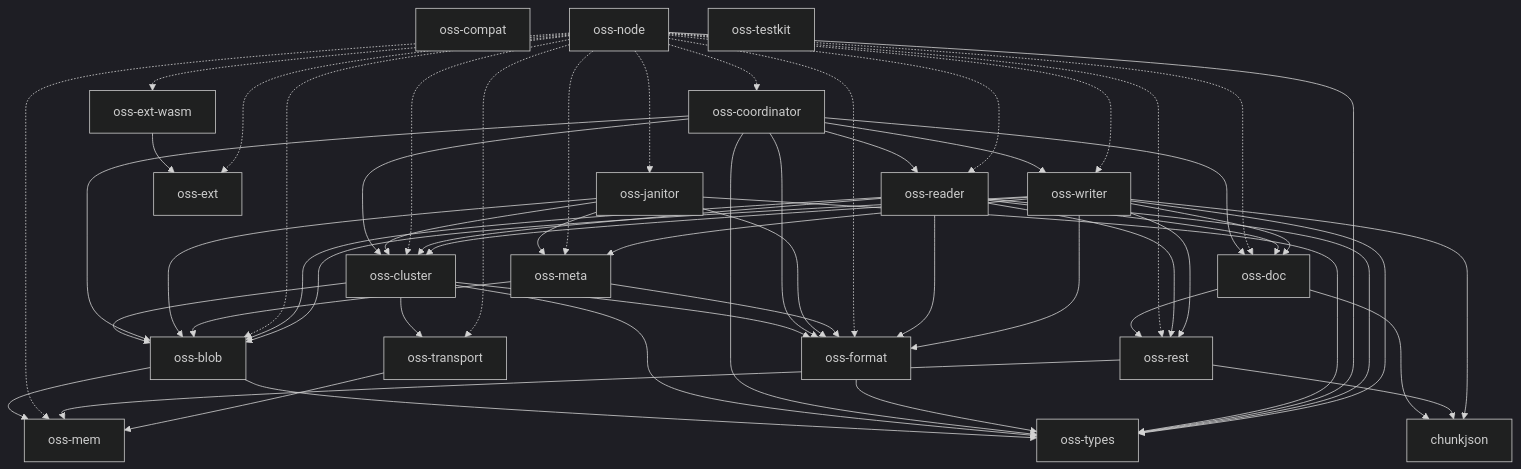
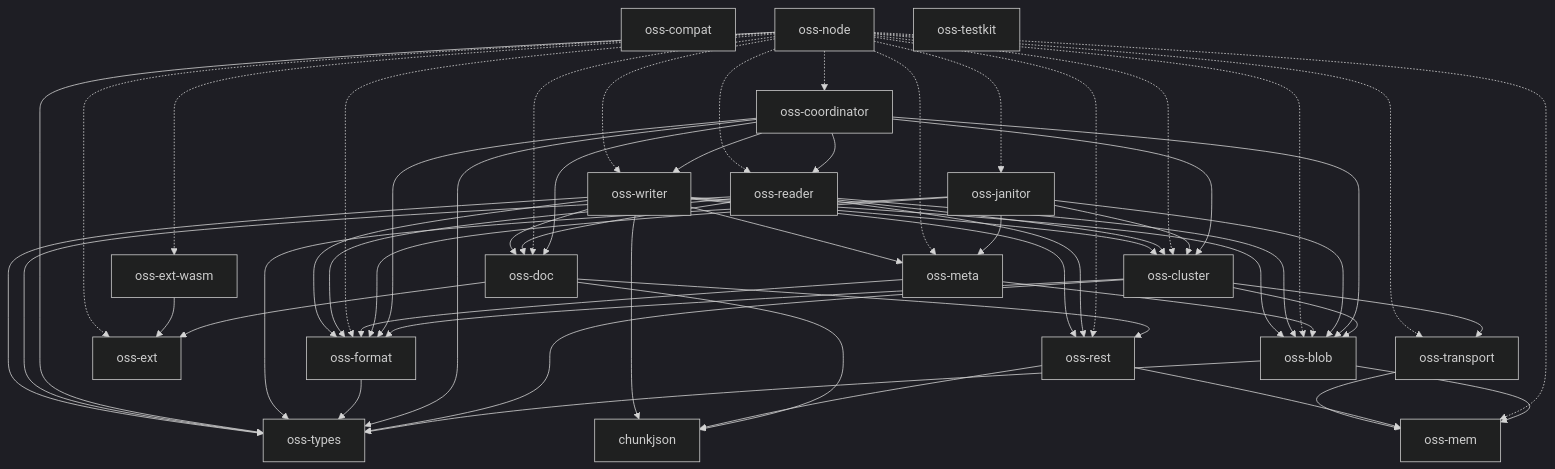
One commit to huyz0/opensearch-serverless changed the diagram in docs/architecture.md. Above: the diagram before and after it, drawn with Mermaid (dark theme). The commit also changed 27 other files, not shown here.

````diff
--- a/docs/architecture.md
+++ b/docs/architecture.md
@@ -10,65 +10,66 @@
 ```mermaid
 graph TD
     chunkjson
     oss-blob --> oss-mem
     oss-blob --> oss-types
     oss-cluster --> oss-blob
     oss-cluster --> oss-format
     oss-cluster --> oss-transport
     oss-cluster --> oss-types
     oss-compat
     oss-coordinator --> oss-blob
     oss-coordinator --> oss-cluster
     oss-coordinator --> oss-doc
     oss-coordinator --> oss-format
     oss-coordinator --> oss-reader
     oss-coordinator --> oss-types
     oss-coordinator --> oss-writer
     oss-doc --> chunkjson
+    oss-doc --> oss-ext
     oss-doc --> oss-rest
     oss-ext
     oss-ext-wasm --> oss-ext
     oss-format --> oss-types
     oss-janitor --> oss-blob
     oss-janitor --> oss-cluster
     oss-janitor --> oss-format
     oss-janitor --> oss-meta
     oss-janitor --> oss-types
     oss-mem
     oss-meta --> oss-blob
     oss-meta --> oss-format
     oss-node -.-> oss-blob
     oss-node -.-> oss-cluster
     oss-node -.-> oss-coordinator
     oss-node -.-> oss-doc
     oss-node -.-> oss-ext
     oss-node -.-> oss-ext-wasm
     oss-node -.-> oss-format
     oss-node -.-> oss-janitor
     oss-node -.-> oss-mem
     oss-node -.-> oss-meta
     oss-node -.-> oss-reader
     oss-node -.-> oss-rest
     oss-node -.-> oss-transport
     oss-node --> oss-types
     oss-node -.-> oss-writer
     oss-reader --> oss-blob
     oss-reader --> oss-cluster
     oss-reader --> oss-doc
     oss-reader --> oss-format
     oss-reader --> oss-rest
     oss-reader --> oss-types
     oss-rest --> chunkjson
     oss-rest --> oss-mem
     oss-testkit
     oss-transport --> oss-mem
     oss-types
     oss-writer --> chunkjson
     oss-writer --> oss-blob
     oss-writer --> oss-cluster
     oss-writer --> oss-doc
     oss-writer --> oss-format
     oss-writer --> oss-meta
     oss-writer --> oss-rest
     oss-writer --> oss-types
 ```
````
